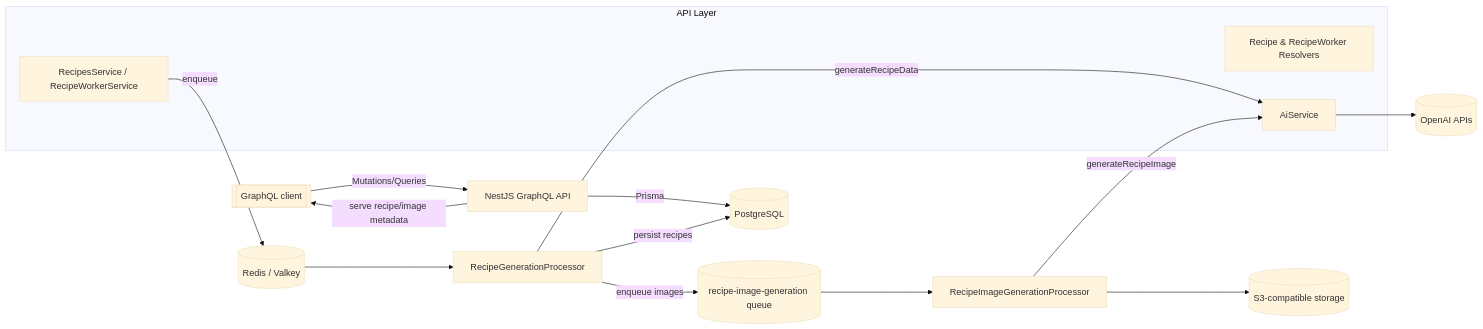
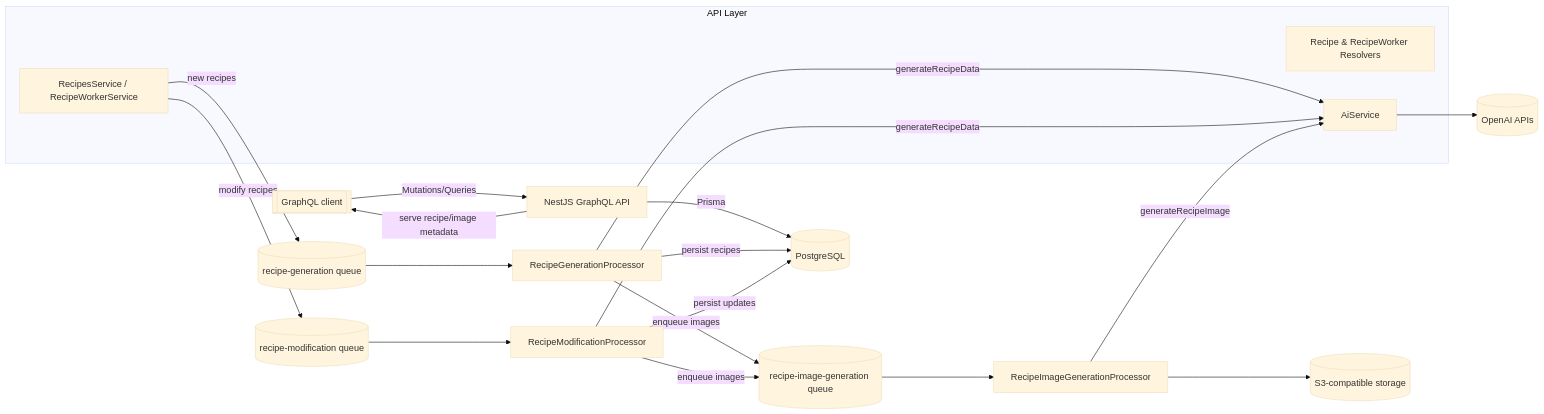
The first of 2 diagrams in README.md (tasteloop-recipes/server), drawn with Mermaid (base theme) before and after one commit. The commit also changed other lines of this file and 7 other files, not shown here.

First line of the commit message:
create recipe modification queue (#77)

````diff
--- a/README.md
+++ b/README.md
@@ -7,20 +7,25 @@
 ```mermaid
 flowchart LR
   Client[[GraphQL client]] -->|Mutations/Queries| API[NestJS GraphQL API]
   subgraph API Layer
     Resolver[Recipe & RecipeWorker Resolvers]
     Service[RecipesService / RecipeWorkerService]
     Ai[AiService]
   end
   API -->|Prisma| Postgres[(PostgreSQL)]
-  Service -->|enqueue| BullMQ[(Redis / Valkey)]
-  BullMQ --> GenProc[RecipeGenerationProcessor]
+  Service -->|new recipes| GenQueue[(recipe-generation queue)]
+  Service -->|modify recipes| ModQueue[(recipe-modification queue)]
+  GenQueue --> GenProc[RecipeGenerationProcessor]
+  ModQueue --> ModProc[RecipeModificationProcessor]
   GenProc -->|generateRecipeData| Ai
+  ModProc -->|generateRecipeData| Ai
   Ai --> OpenAI[(OpenAI APIs)]
   GenProc -->|persist recipes| Postgres
+  ModProc -->|persist updates| Postgres
   GenProc -->|enqueue images| ImgQueue[(recipe-image-generation queue)]
+  ModProc -->|enqueue images| ImgQueue
   ImgQueue --> ImgProc[RecipeImageGenerationProcessor]
   ImgProc -->|generateRecipeImage| Ai
   ImgProc --> S3[(S3-compatible storage)]
   API -->|serve recipe/image metadata| Client
 ```
````
